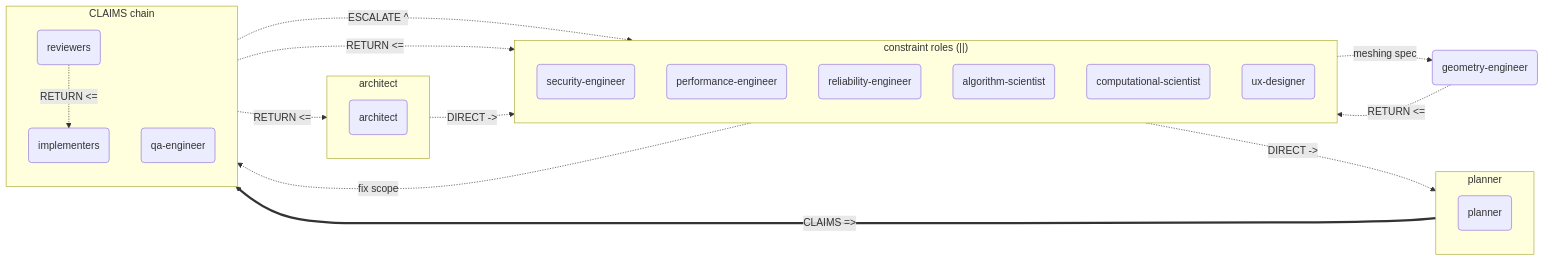
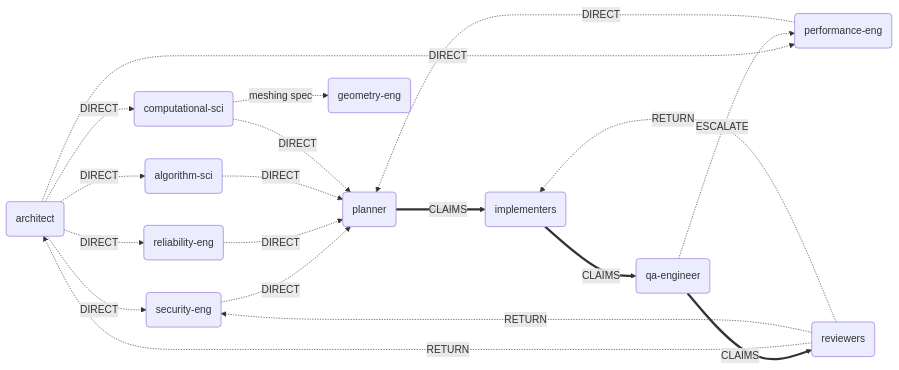
Before and after one commit to applicate2628/Orchestrarium: the third of 6 diagrams in references/operating-model-diagram.md, drawn with Mermaid. The commit also changed other lines of this file and 11 other files, not shown here.

First line of the commit message:
Update references EN+RU: simplify diagrams, fix owners, add disclaimers

````diff
--- a/references/operating-model-diagram.md
+++ b/references/operating-model-diagram.md
@@ -86,42 +46,21 @@
 ```mermaid
 flowchart LR
-    subgraph C1["architect"]
-        direction TB
-        AR("architect")
-    end
+    AR("architect") -. "DIRECT" .-> SE("security-eng")
+    AR -. "DIRECT" .-> PE("performance-eng")
+    AR -. "DIRECT" .-> RE("reliability-eng")
+    AR -. "DIRECT" .-> AS("algorithm-sci")
+    AR -. "DIRECT" .-> CS("computational-sci")
 
-    subgraph C2["constraint roles (||)"]
-        direction TB
-        SE("security-engineer")
-        PE("performance-engineer")
-        RE("reliability-engineer")
-        AS("algorithm-scientist")
-        CS("computational-scientist")
-        UX("ux-designer")
-    end
+    SE & PE & RE & AS & CS -. "DIRECT" .-> PL("planner")
 
-    subgraph C3["planner"]
-        direction TB
-        PL("planner")
-    end
+    PL ==>|"CLAIMS"| IM("implementers")
+    IM ==>|"CLAIMS"| QA("qa-engineer")
+    QA ==>|"CLAIMS"| RV("reviewers")
 
-    subgraph C4["CLAIMS chain"]
-        direction TB
-        IM("implementers")
-        QA("qa-engineer")
-        RV("reviewers")
-    end
+    QA -. "ESCALATE" .-> PE
+    RV -. "RETURN" .-> AR
+    RV -. "RETURN" .-> SE
+    RV -. "RETURN" .-> IM
 
-    AR -. "DIRECT ->" .-> C2
-    C2 -. "DIRECT ->" .-> PL
-    PL ==>|"CLAIMS =>"| C4
-
-    QA -. "ESCALATE ^" .-> PE
-    PE -. "fix scope" .-> QA
-    RV -. "RETURN <=" .-> C2
-    RV -. "RETURN <=" .-> AR
-    RV -. "RETURN <=" .-> IM
-
-    CS -. "meshing spec" .-> GE("geometry-engineer")
-    GE -. "RETURN <=" .-> CS
+    CS -. "meshing spec" .-> GE("geometry-eng")
 ```
````
